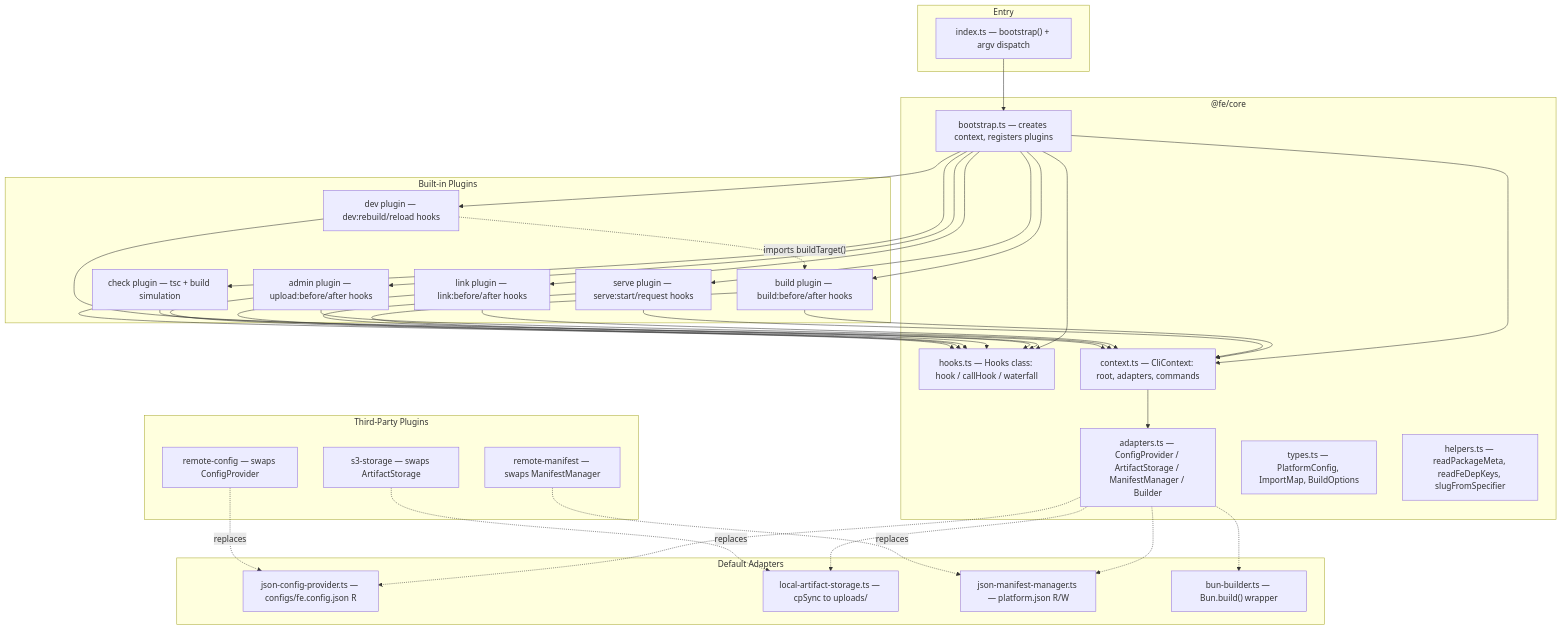
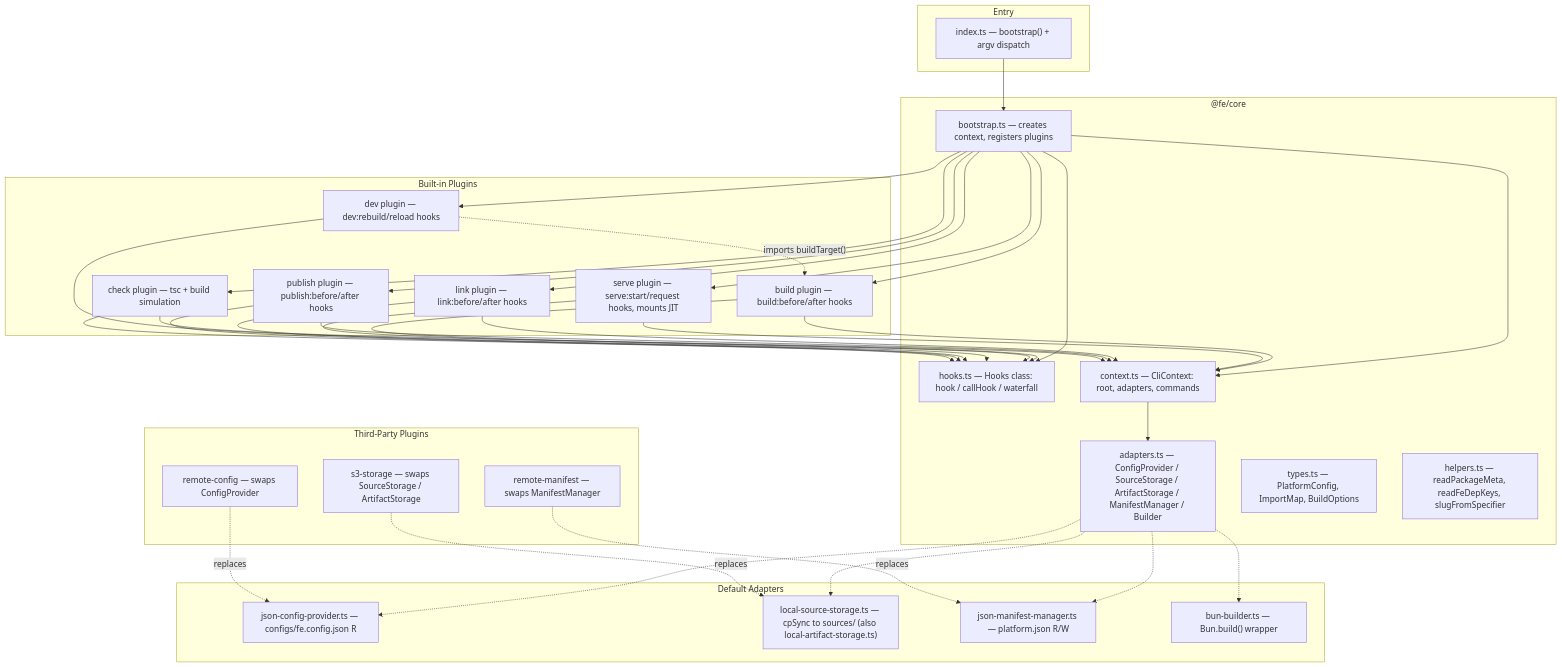
One commit to fe-platform/fe changed the diagram in docs/cli-architecture-proposed.md. Above: the diagram before and after it, drawn with Mermaid. The commit also changed other lines of this file and 28 other files, not shown here.

````diff
--- a/docs/cli-architecture-proposed.md
+++ b/docs/cli-architecture-proposed.md
@@ -7,71 +7,71 @@
 ```mermaid
 graph TB
     subgraph "Entry"
         INDEX["index.ts — bootstrap() + argv dispatch"]
     end
 
     subgraph "@fe/core"
         BOOTSTRAP["bootstrap.ts — creates context, registers plugins"]
         HOOKS["hooks.ts — Hooks class: hook / callHook / waterfall"]
         CONTEXT["context.ts — CliContext: root, adapters, commands"]
-        ADAPTERS_IF["adapters.ts — ConfigProvider / ArtifactStorage / ManifestManager / Builder"]
+        ADAPTERS_IF["adapters.ts — ConfigProvider / SourceStorage / ArtifactStorage / ManifestManager / Builder"]
         TYPES["types.ts — PlatformConfig, ImportMap, BuildOptions"]
         HELPERS["helpers.ts — readPackageMeta, readFeDepKeys, slugFromSpecifier"]
     end
 
     subgraph "Default Adapters"
         JSON_CFG["json-config-provider.ts — configs/fe.config.json R"]
-        LOCAL["local-artifact-storage.ts — cpSync to uploads/"]
+        LOCAL["local-source-storage.ts — cpSync to sources/ (also local-artifact-storage.ts)"]
         JSON_MAN["json-manifest-manager.ts — platform.json R/W"]
         BUN_B["bun-builder.ts — Bun.build() wrapper"]
     end
 
     subgraph "Built-in Plugins"
         P_BUILD["build plugin — build:before/after hooks"]
-        P_SERVE["serve plugin — serve:start/request hooks"]
+        P_SERVE["serve plugin — serve:start/request hooks, mounts JIT"]
         P_DEV["dev plugin — dev:rebuild/reload hooks"]
         P_LINK["link plugin — link:before/after hooks"]
-        P_ADMIN["admin plugin — upload:before/after hooks"]
+        P_PUBLISH["publish plugin — publish:before/after hooks"]
         P_CHECK["check plugin — tsc + build simulation"]
     end
 
     subgraph "Third-Party Plugins"
-        P_S3["s3-storage — swaps ArtifactStorage"]
+        P_S3["s3-storage — swaps SourceStorage / ArtifactStorage"]
         P_REMOTE["remote-manifest — swaps ManifestManager"]
         P_CFG["remote-config — swaps ConfigProvider"]
     end
 
     INDEX --> BOOTSTRAP
     BOOTSTRAP --> HOOKS
     BOOTSTRAP --> CONTEXT
 
     CONTEXT --> ADAPTERS_IF
     ADAPTERS_IF -.-> JSON_CFG
     ADAPTERS_IF -.-> LOCAL
     ADAPTERS_IF -.-> JSON_MAN
     ADAPTERS_IF -.-> BUN_B
 
     BOOTSTRAP --> P_BUILD
     BOOTSTRAP --> P_SERVE
     BOOTSTRAP --> P_DEV
     BOOTSTRAP --> P_LINK
-    BOOTSTRAP --> P_ADMIN
+    BOOTSTRAP --> P_PUBLISH
     BOOTSTRAP --> P_CHECK
 
     P_BUILD --> HOOKS
     P_BUILD --> CONTEXT
     P_SERVE --> HOOKS
     P_SERVE --> CONTEXT
     P_DEV -.->|"imports buildTarget()"| P_BUILD
     P_DEV --> HOOKS
     P_LINK --> HOOKS
     P_LINK --> CONTEXT
-    P_ADMIN --> HOOKS
-    P_ADMIN --> CONTEXT
+    P_PUBLISH --> HOOKS
+    P_PUBLISH --> CONTEXT
     P_CHECK --> HOOKS
     P_CHECK --> CONTEXT
 
     P_S3 -.->|"replaces"| LOCAL
     P_REMOTE -.->|"replaces"| JSON_MAN
     P_CFG -.->|"replaces"| JSON_CFG
 ```
````
